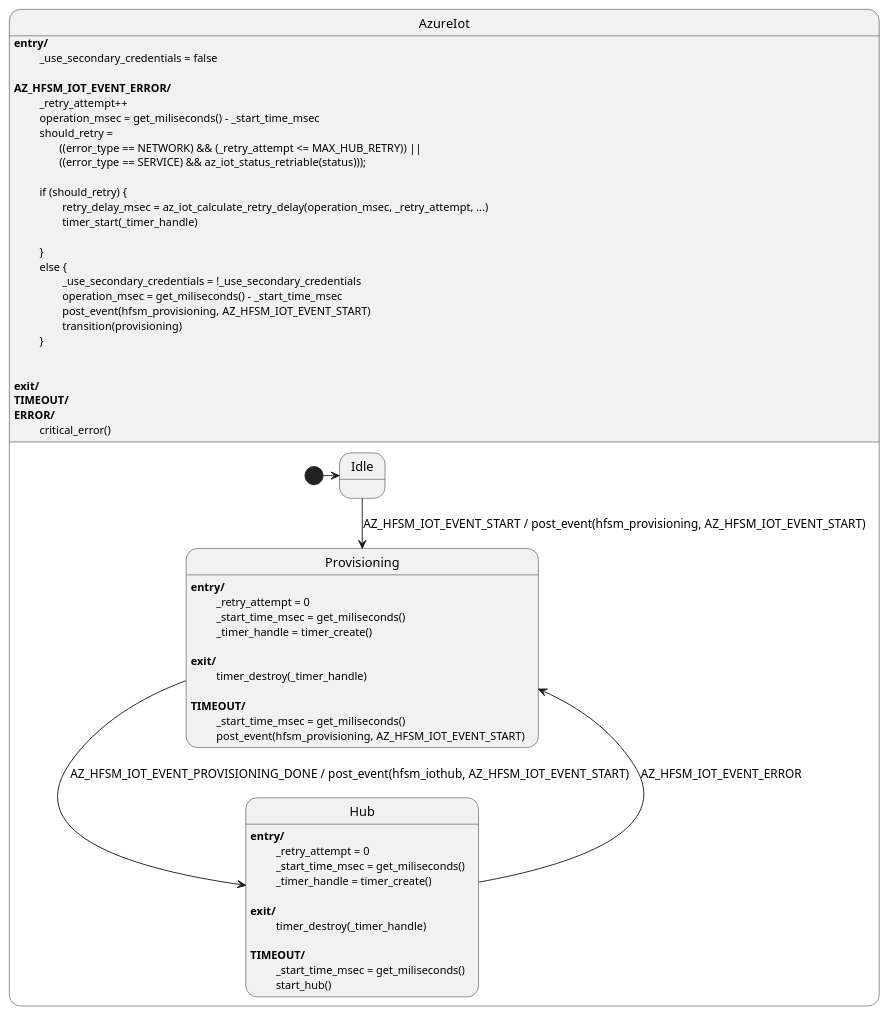
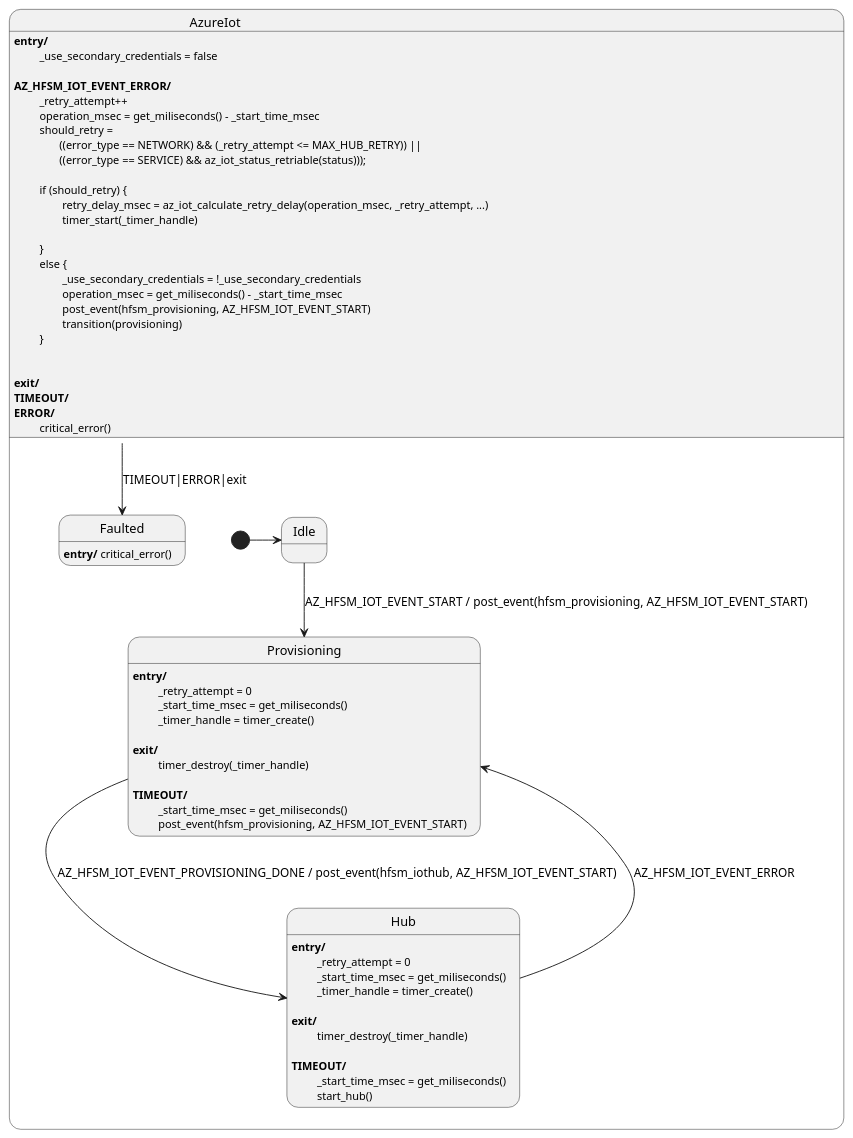
One commit to vaavva/azure-sdk-for-c-hfsm changed the diagram in sdk/docs/iot/resources/az_iot_hfsm.puml. Above: the diagram before and after it, drawn with PlantUML. The commit also changed 9 other files, not shown here.

```diff
--- a/sdk/docs/iot/resources/az_iot_hfsm.puml
+++ b/sdk/docs/iot/resources/az_iot_hfsm.puml
@@ -1,67 +1,73 @@
 @startuml Azure IoT HFSM
 
 state AzureIot {
     state Idle
     
     state Provisioning
     Provisioning: <b>entry/</b>
     Provisioning : \t _retry_attempt = 0
     Provisioning : \t _start_time_msec = get_miliseconds()
     Provisioning : \t _timer_handle = timer_create()
     Provisioning :
     Provisioning : <b>exit/</b>
     Provisioning : \t timer_destroy(_timer_handle)
     Provisioning :
     Provisioning : <b>TIMEOUT/</b>
     Provisioning : \t _start_time_msec = get_miliseconds()
     Provisioning : \t post_event(hfsm_provisioning, AZ_HFSM_IOT_EVENT_START)
 
     state Hub
     Hub : <b>entry/</b>
     Hub : \t _retry_attempt = 0
     Hub : \t _start_time_msec = get_miliseconds()
     Hub : \t _timer_handle = timer_create()
     Hub :
     Hub : <b>exit/</b>
     Hub : \t timer_destroy(_timer_handle)
     Hub : 
     Hub : <b>TIMEOUT/</b>
     Hub : \t _start_time_msec = get_miliseconds()
     Hub : \t start_hub()
     
+    state Faulted
+    Faulted : <b>entry/</b> critical_error()
+
+
     [*] -> Idle
     Idle --> Provisioning : AZ_HFSM_IOT_EVENT_START / post_event(hfsm_provisioning, AZ_HFSM_IOT_EVENT_START)
     Provisioning --> Hub : AZ_HFSM_IOT_EVENT_PROVISIONING_DONE / post_event(hfsm_iothub, AZ_HFSM_IOT_EVENT_START)
 
     Hub -> Provisioning : AZ_HFSM_IOT_EVENT_ERROR
 }
 
 AzureIot : <b>entry/</b> 
 AzureIot : \t _use_secondary_credentials = false
 AzureIot :
 AzureIot : <b>AZ_HFSM_IOT_EVENT_ERROR/</b>
 AzureIot : \t _retry_attempt++
 AzureIot : \t operation_msec = get_miliseconds() - _start_time_msec
 AzureIot : \t should_retry = 
 AzureIot : \t\t((error_type == NETWORK) && (_retry_attempt <= MAX_HUB_RETRY)) || 
 AzureIot : \t\t((error_type == SERVICE) && az_iot_status_retriable(status)));
 AzureIot: 
 AzureIot : \t if (should_retry) {
 AzureIot : \t\t retry_delay_msec = az_iot_calculate_retry_delay(operation_msec, _retry_attempt, ...)
 AzureIot : \t\t timer_start(_timer_handle)
 AzureIot : \t\t
 AzureIot : \t }
 AzureIot : \t else {
 AzureIot : \t\t _use_secondary_credentials = !_use_secondary_credentials
 AzureIot:  \t\t operation_msec = get_miliseconds() - _start_time_msec
 AzureIot : \t\t post_event(hfsm_provisioning, AZ_HFSM_IOT_EVENT_START)
 AzureIot : \t\t transition(provisioning)
 AzureIot : \t }
 AzureIot :
 AzureIot :
 AzureIot : <b>exit/</b>
 AzureIot : <b>TIMEOUT/</b>
 AzureIot : <b>ERROR/</b>
 AzureIot : \t critical_error()
 
+AzureIot --> Faulted : TIMEOUT|ERROR|exit
+
 @enduml
```
